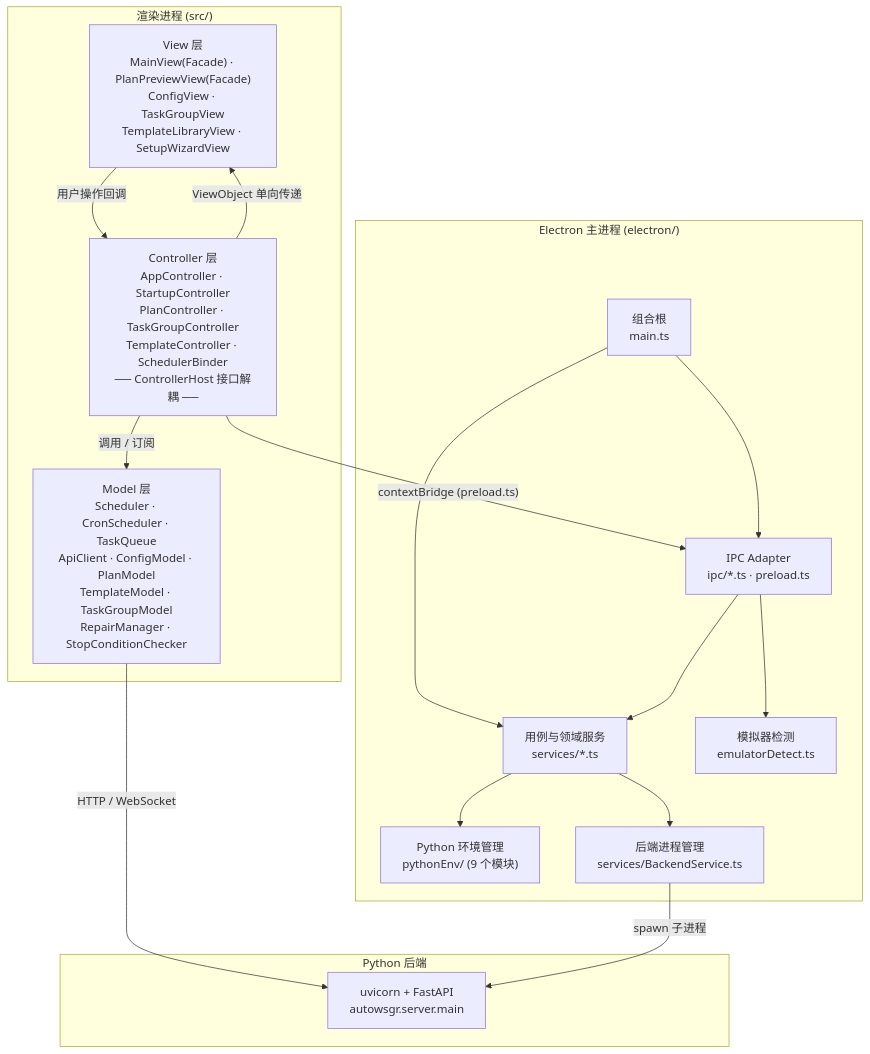
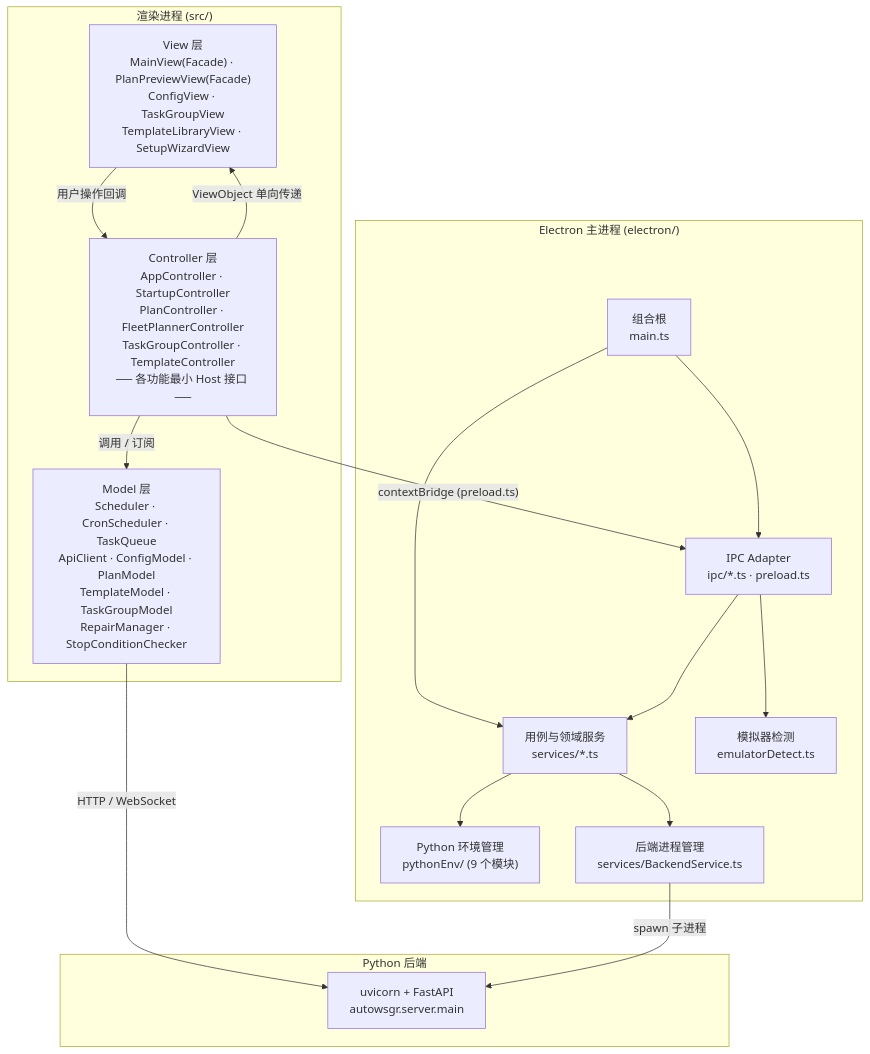
Before and after one commit to ShiinaKuroko/AutoWSGR-GUI: the first of 2 diagrams in docs/architecture/00-overview.md, drawn with Mermaid. The commit also changed other lines of this file and 156 other files, not shown here.

````diff
--- a/docs/architecture/00-overview.md
+++ b/docs/architecture/00-overview.md
@@ -15,34 +15,34 @@
 ```mermaid
 graph TB
   subgraph Renderer["渲染进程 (src/)"]
     View["View 层<br/>MainView(Facade) · PlanPreviewView(Facade)<br/>ConfigView · TaskGroupView<br/>TemplateLibraryView · SetupWizardView"]
-    Controller["Controller 层<br/>AppController · StartupController<br/>PlanController · TaskGroupController<br/>TemplateController · SchedulerBinder<br/>── ControllerHost 接口解耦 ──"]
+    Controller["Controller 层<br/>AppController · StartupController<br/>PlanController · FleetPlannerController<br/>TaskGroupController · TemplateController<br/>── 各功能最小 Host 接口 ──"]
     Model["Model 层<br/>Scheduler · CronScheduler · TaskQueue<br/>ApiClient · ConfigModel · PlanModel<br/>TemplateModel · TaskGroupModel<br/>RepairManager · StopConditionChecker"]
   end
 
   subgraph Main["Electron 主进程 (electron/)"]
     Root["组合根<br/>main.ts"]
     IPC["IPC Adapter<br/>ipc/*.ts · preload.ts"]
     Service["用例与领域服务<br/>services/*.ts"]
     PyEnv["Python 环境管理<br/>pythonEnv/ (9 个模块)"]
     Backend["后端进程管理<br/>services/BackendService.ts"]
     Emulator["模拟器检测<br/>emulatorDetect.ts"]
   end
 
   subgraph PythonBackend["Python 后端"]
     ASGI["uvicorn + FastAPI<br/>autowsgr.server.main"]
   end
 
   View -->|"用户操作回调"| Controller
   Controller -->|"ViewObject 单向传递"| View
   Controller -->|"调用 / 订阅"| Model
   Model -->|"HTTP / WebSocket"| ASGI
   Controller -->|"contextBridge (preload.ts)"| IPC
   Root --> IPC
   Root --> Service
   IPC --> Service
   Service --> PyEnv
   Service --> Backend
   IPC --> Emulator
   Backend -->|"spawn 子进程"| ASGI
 ```
````
